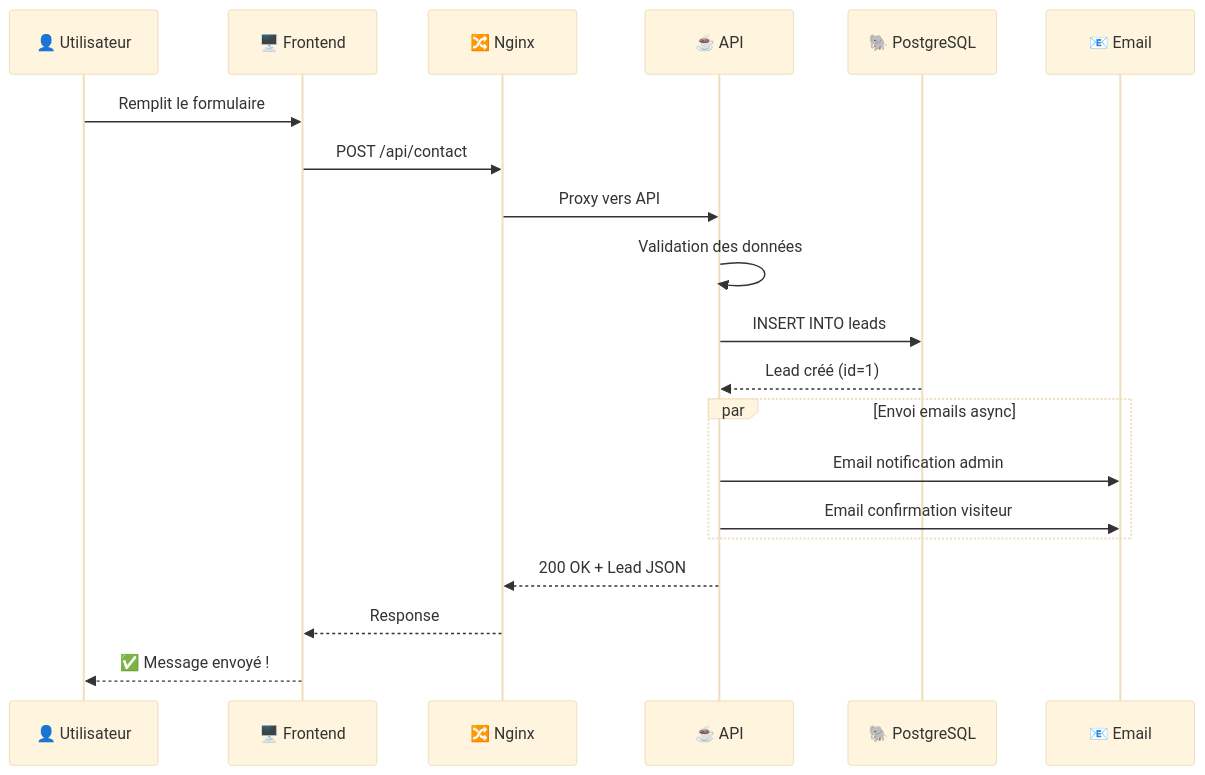
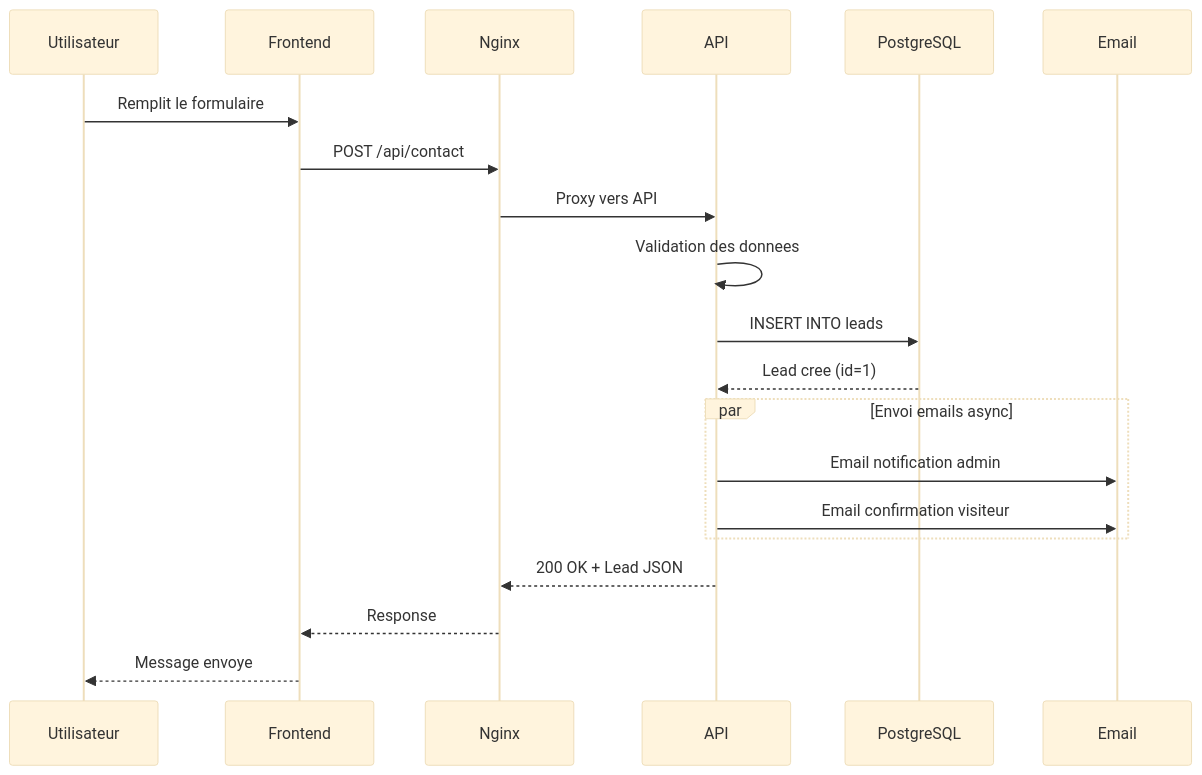
Before and after one commit to hrhouma1/inskillflow-docs-formation-spring-boot-projet-e-contact-backend: the second of 9 diagrams in troubleshooting/20-deploiement-final-et-architecture-mermaid.md, drawn with Mermaid (base theme). The commit also changed other lines of this file, not shown here.

````diff
--- a/troubleshooting/20-deploiement-final-et-architecture-mermaid.md
+++ b/troubleshooting/20-deploiement-final-et-architecture-mermaid.md
@@ -79,25 +79,25 @@
 ```mermaid
 sequenceDiagram
-    participant U as 👤 Utilisateur
-    participant F as 🖥️ Frontend
-    participant N as 🔀 Nginx
-    participant A as ☕ API
-    participant D as 🐘 PostgreSQL
-    participant M as 📧 Email
+    participant U as Utilisateur
+    participant F as Frontend
+    participant N as Nginx
+    participant A as API
+    participant D as PostgreSQL
+    participant M as Email
 
     U->>F: Remplit le formulaire
     F->>N: POST /api/contact
     N->>A: Proxy vers API
-    A->>A: Validation des données
+    A->>A: Validation des donnees
     A->>D: INSERT INTO leads
-    D-->>A: Lead créé (id=1)
+    D-->>A: Lead cree (id=1)
     
     par Envoi emails async
         A->>M: Email notification admin
         A->>M: Email confirmation visiteur
     end
     
     A-->>N: 200 OK + Lead JSON
     N-->>F: Response
-    F-->>U: ✅ Message envoyé !
+    F-->>U: Message envoye
 ```
````
